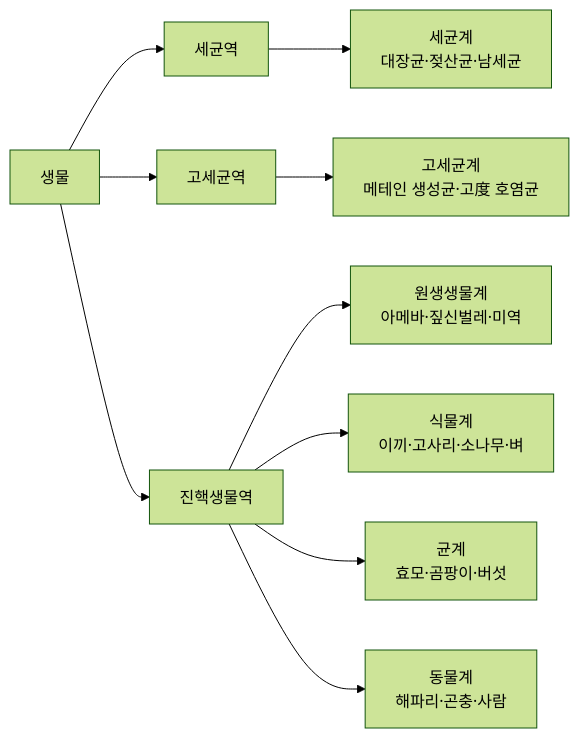
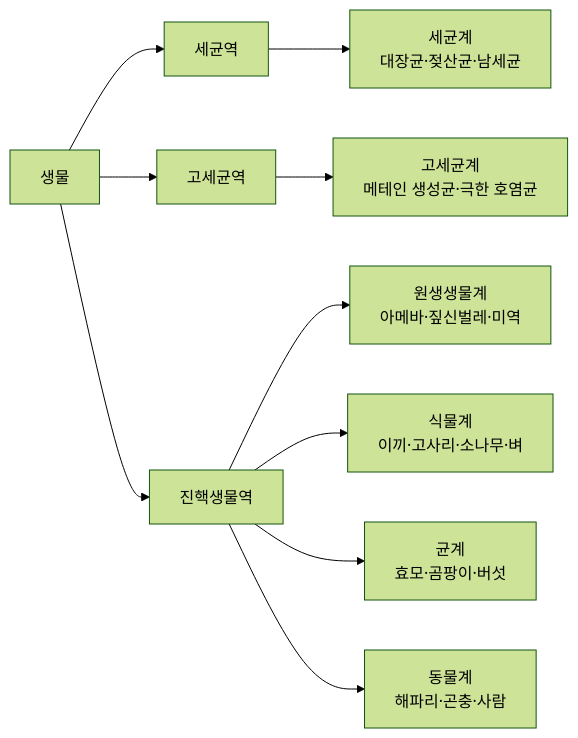
Before and after one commit to EricKOR1/sciencebook: the fourth of 7 diagrams in 고등학교_일반선택/생명과학/bio-3_생명의_연속성과_다양성.md, drawn with Mermaid (forest theme). The commit also changed other lines of this file and 115 other files, not shown here.

````diff
--- a/고등학교_일반선택/생명과학/bio-3_생명의_연속성과_다양성.md
+++ b/고등학교_일반선택/생명과학/bio-3_생명의_연속성과_다양성.md
@@ -370,12 +370,12 @@
 ```mermaid
 flowchart LR
     L["생물"] --> B["세균역"]
     L --> A["고세균역"]
     L --> E["진핵생물역"]
     B --> B1["세균계<br/>대장균·젖산균·남세균"]
-    A --> A1["고세균계<br/>메테인 생성균·고度 호염균"]
+    A --> A1["고세균계<br/>메테인 생성균·극한 호염균"]
     E --> E1["원생생물계<br/>아메바·짚신벌레·미역"]
     E --> E2["식물계<br/>이끼·고사리·소나무·벼"]
     E --> E3["균계<br/>효모·곰팡이·버섯"]
     E --> E4["동물계<br/>해파리·곤충·사람"]
 ```
````
